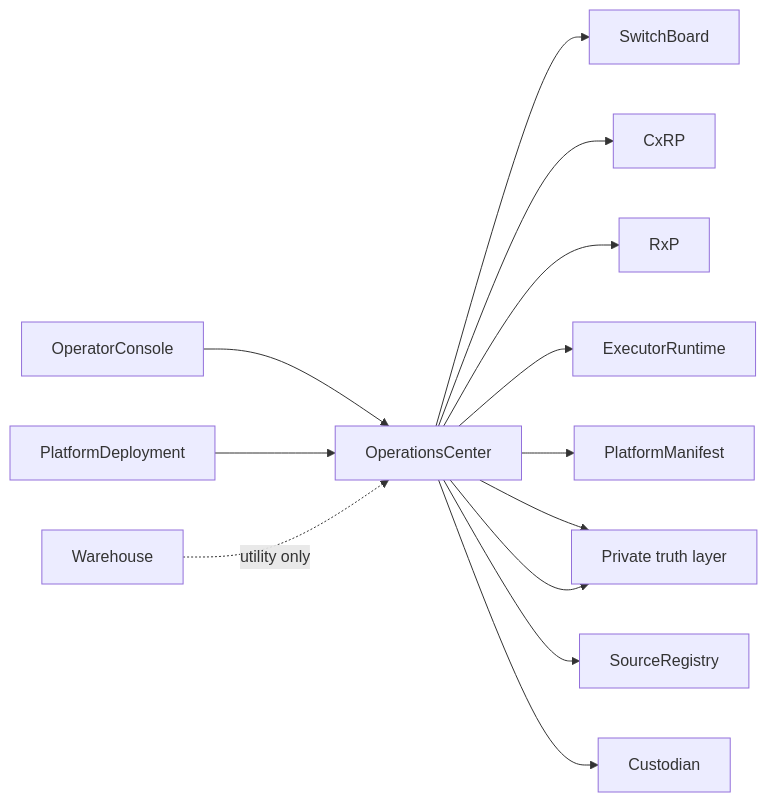
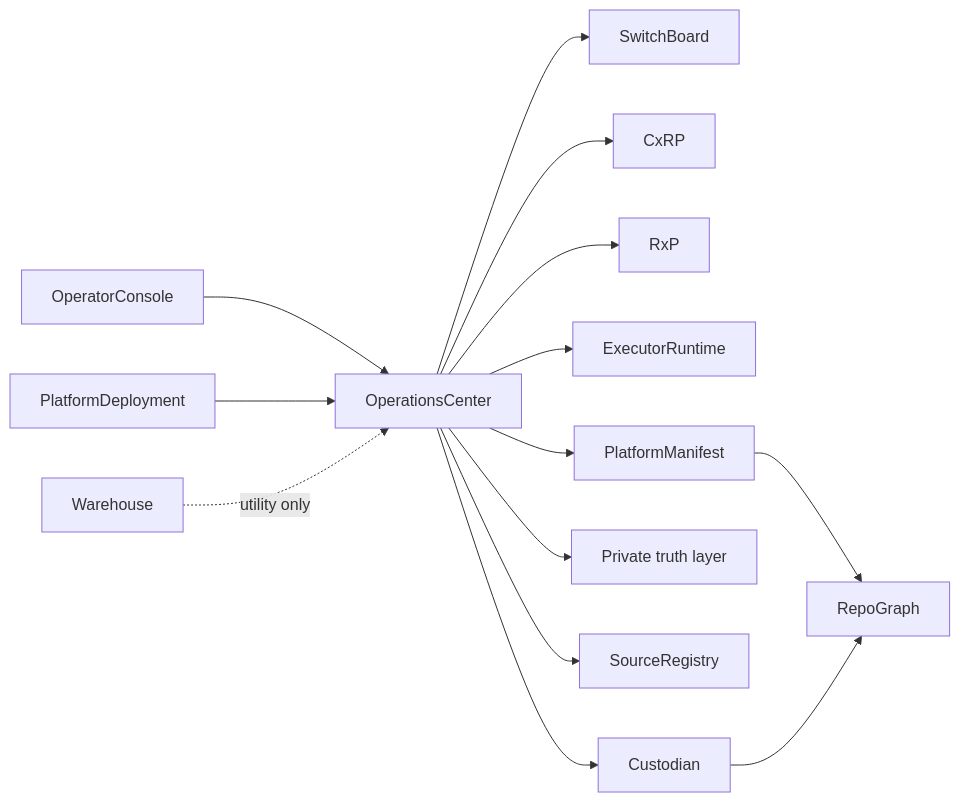
One commit to ProtocolWarden/ProtocolWarden.github.io changed the second of 2 diagrams in docs/index.md. Above: the diagram before and after it, drawn with Mermaid. The commit also changed 1 other file, not shown here.

Commit message:
fix: add RepoGraph to Core Repo Constellation diagram
Add RG[RepoGraph] node with PM→RG and CU→RG edges. Rename legacy WS
node identifier to PD (WS was a WorkStation holdover). Replace WS→OPS
edge with PD→OPS.

````diff
--- a/docs/index.md
+++ b/docs/index.md
@@ -96,27 +96,29 @@
 ```mermaid
 graph LR
     OC[OperatorConsole]
     OPS[OperationsCenter]
     SB[SwitchBoard]
     CX[CxRP]
     RX[RxP]
     ER[ExecutorRuntime]
+    RG[RepoGraph]
     PM[PlatformManifest]
     PT[Private truth layer]
     SR[SourceRegistry]
-    WS[PlatformDeployment]
+    PD[PlatformDeployment]
     CU[Custodian]
     WH[Warehouse]
     OC --> OPS
     OPS --> SB
     OPS --> CX
     OPS --> RX
     OPS --> ER
     OPS --> PM
     OPS --> PT
     OPS --> SR
     OPS --> CU
-    OPS --> PT
-    WS --> OPS
+    PM --> RG
+    CU --> RG
+    PD --> OPS
     WH -. utility only .-> OPS
 ```
````
